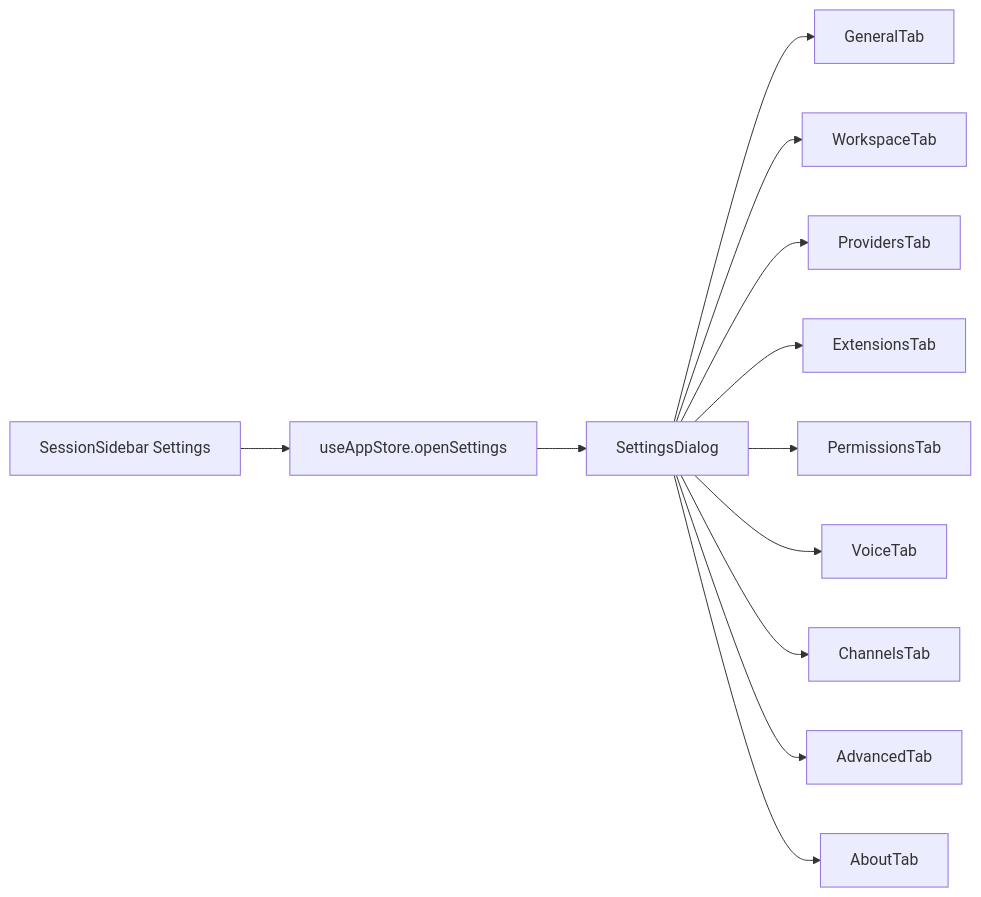
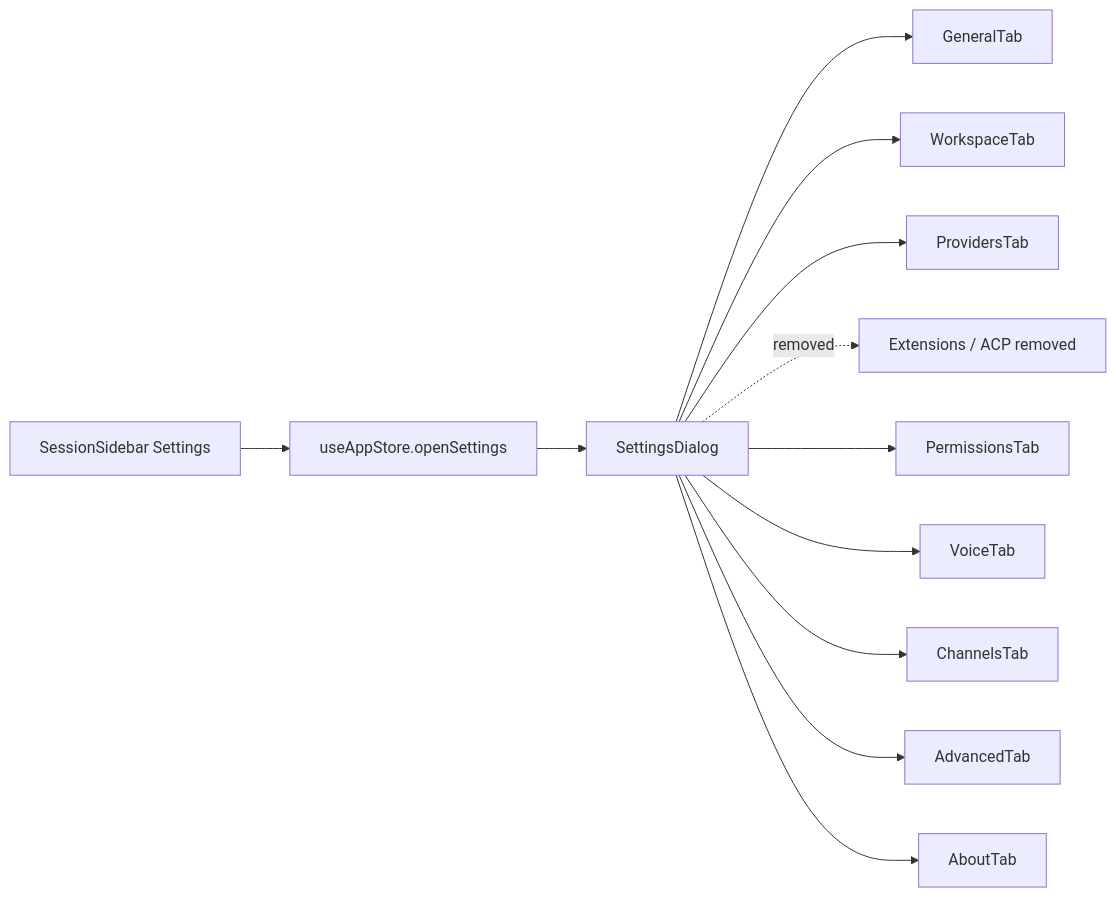
The diagram in ui-contracts/settings/settings-runtime.md (mynoraai/nora-harness-client), drawn with Mermaid before and after one commit. The commit also changed other lines of this file and 16 other files, not shown here.

````diff
--- a/ui-contracts/settings/settings-runtime.md
+++ b/ui-contracts/settings/settings-runtime.md
@@ -13,14 +13,14 @@
 ```mermaid
 flowchart LR
   Btn["SessionSidebar Settings"] --> Store["useAppStore.openSettings"]
   Store --> Dialog["SettingsDialog"]
   Dialog --> General["GeneralTab"]
   Dialog --> Workspace["WorkspaceTab"]
   Dialog --> Providers["ProvidersTab"]
-  Dialog --> Extensions["ExtensionsTab"]
+  Dialog -. removed .-> Extensions["Extensions / ACP removed"]
   Dialog --> Permissions["PermissionsTab"]
   Dialog --> Voice["VoiceTab"]
   Dialog --> Channels["ChannelsTab"]
   Dialog --> Advanced["AdvancedTab"]
   Dialog --> About["AboutTab"]
 ```
````
